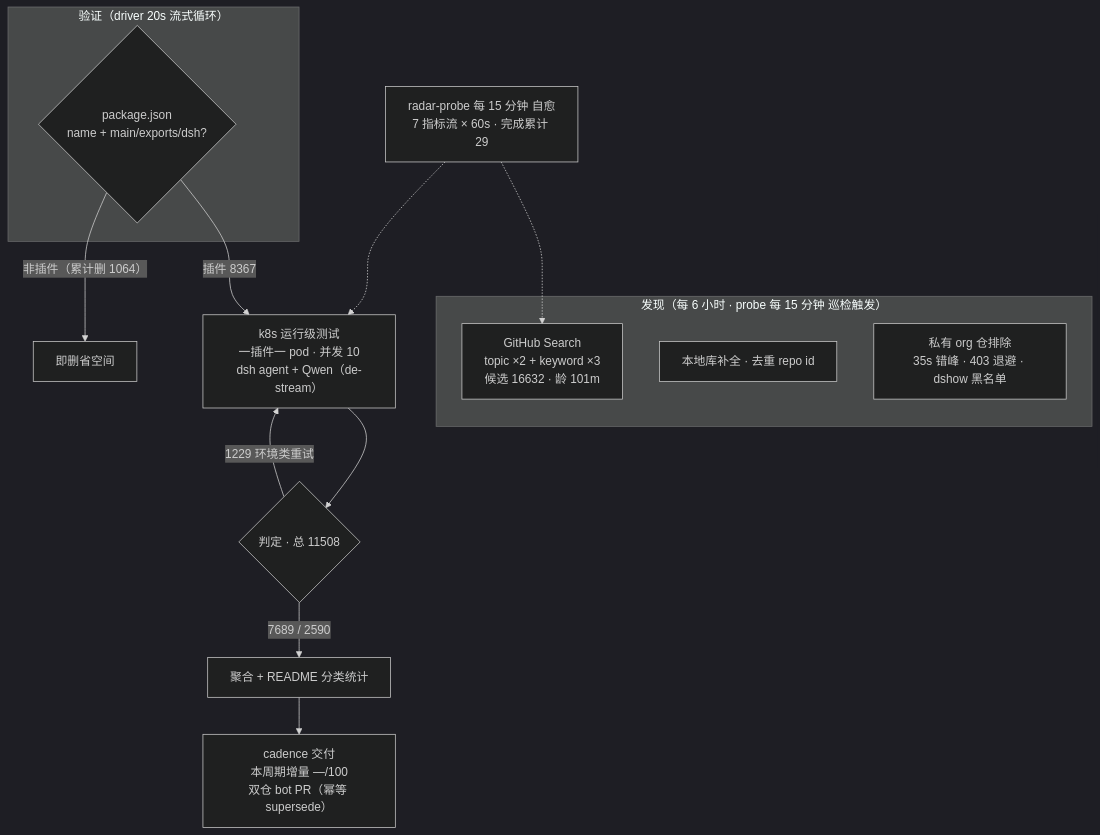
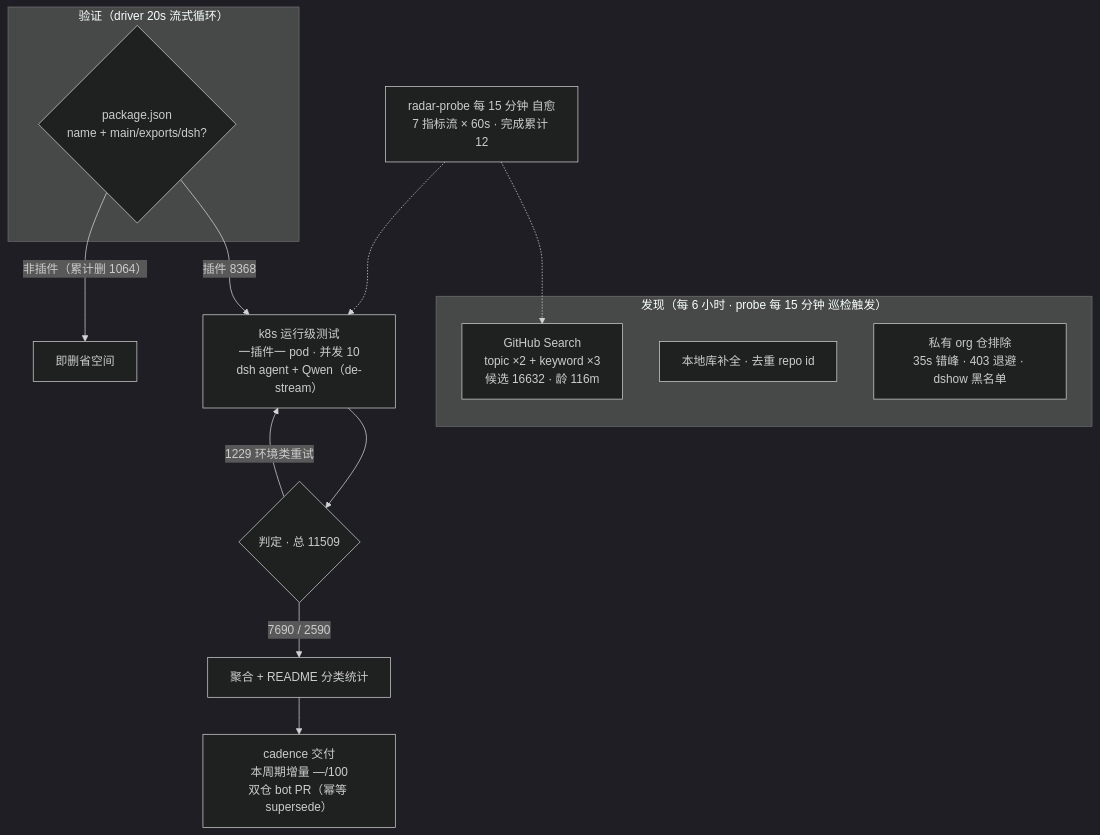
The diagram in README.md (Zhidao-Lab-OSS/awesome-dsh-plugins), drawn with Mermaid (dark theme) before and after one commit. The commit also changed other lines of this file and 1 other file, not shown here.

````diff
--- a/README.md
+++ b/README.md
@@ -52,20 +52,20 @@
 ```mermaid
 flowchart TB
     subgraph Discovery["发现（每 6 小时 · probe 每 15 分钟 巡检触发）"]
-        A1["GitHub Search<br/>topic ×2 + keyword ×3<br/>候选 16632 · 龄 101m"]
+        A1["GitHub Search<br/>topic ×2 + keyword ×3<br/>候选 16632 · 龄 116m"]
         A2["本地库补全 · 去重 repo id"]
         A3["私有 org 仓排除<br/>35s 错峰 · 403 退避 · dshow 黑名单"]
     end
     subgraph Validation["验证（driver 20s 流式循环）"]
         B1{"package.json<br/>name + main/exports/dsh?"}
     end
-    B1 -->|"插件 8367"| C1["k8s 运行级测试<br/>一插件一 pod · 并发 10<br/>dsh agent + Qwen（de-stream）"]
+    B1 -->|"插件 8368"| C1["k8s 运行级测试<br/>一插件一 pod · 并发 10<br/>dsh agent + Qwen（de-stream）"]
     B1 -->|"非插件（累计删 1064）"| B3["即删省空间"]
-    C1 --> D1{"判定 · 总 11508"}
-    D1 -->|"7689 / 2590"| E1["聚合 + README 分类统计"]
+    C1 --> D1{"判定 · 总 11509"}
+    D1 -->|"7690 / 2590"| E1["聚合 + README 分类统计"]
     D1 -->|"1229 环境类重试"| C1
     E1 --> E2["cadence 交付<br/>本周期增量 —/100<br/>双仓 bot PR（幂等 supersede）"]
-    M["radar-probe 每 15 分钟 自愈<br/>7 指标流 × 60s · 完成累计 29"]
+    M["radar-probe 每 15 分钟 自愈<br/>7 指标流 × 60s · 完成累计 12"]
     M -.-> A1
     M -.-> C1
 ```
````
